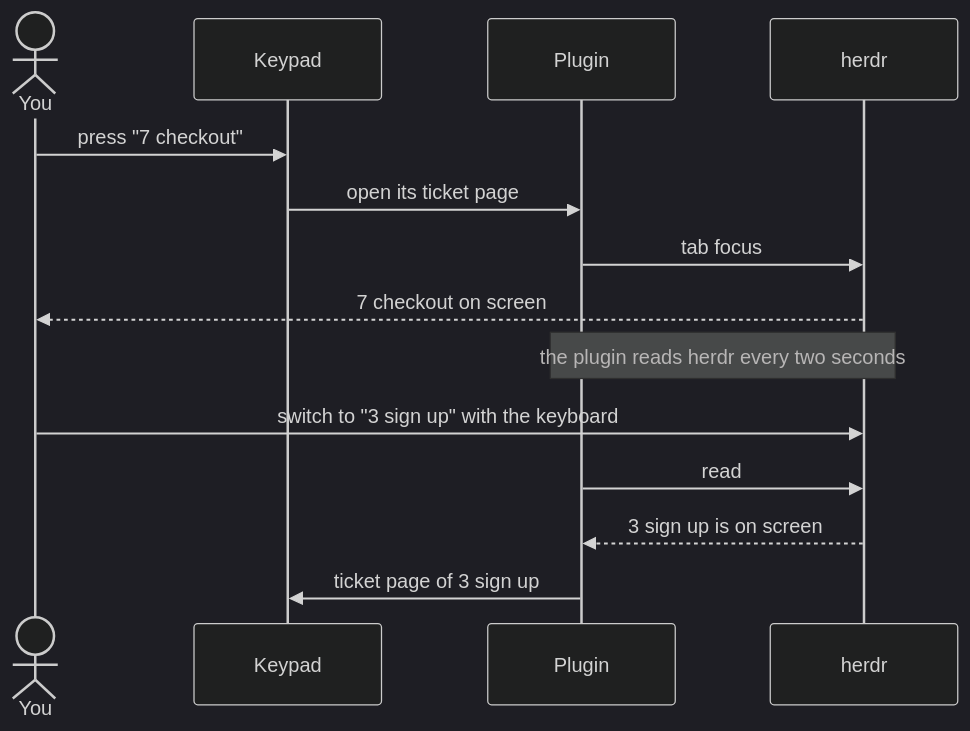
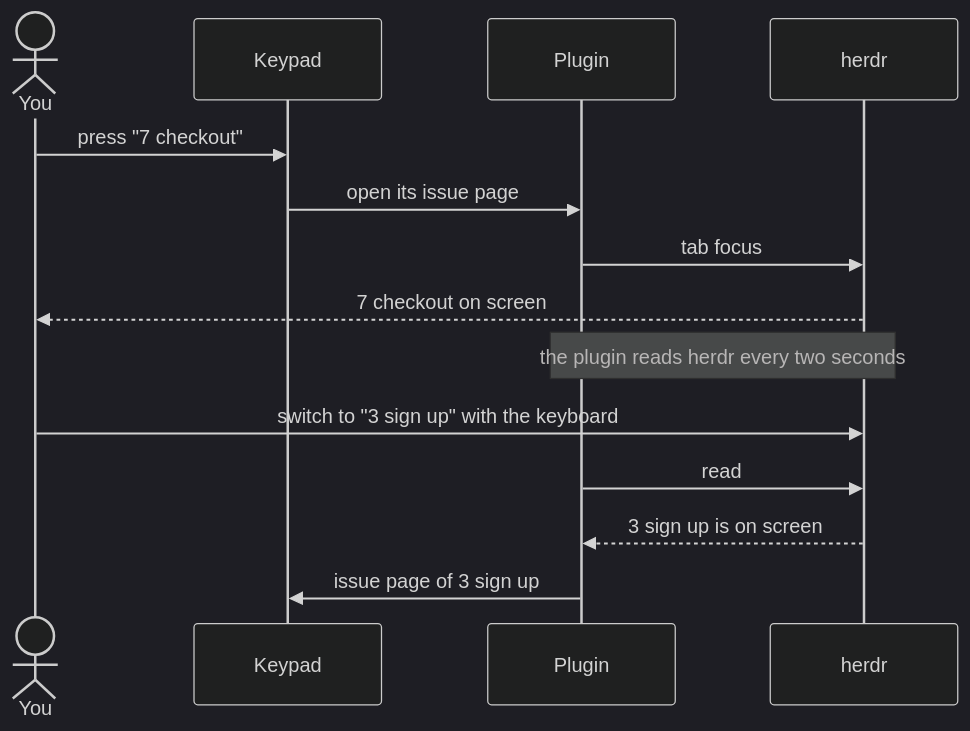
The second of 7 diagrams in docs/flows.md (PieterLuypaert/helm), drawn with Mermaid (dark theme) before and after one commit. The commit also changed other lines of this file and 14 other files, not shown here.

````diff
--- a/docs/flows.md
+++ b/docs/flows.md
@@ -44,16 +44,16 @@
 ```mermaid
 sequenceDiagram
     actor You
     participant Keypad
     participant Plugin
     participant herdr
     You->>Keypad: press "7 checkout"
-    Keypad->>Plugin: open its ticket page
+    Keypad->>Plugin: open its issue page
     Plugin->>herdr: tab focus
     herdr-->>You: 7 checkout on screen
     Note over Plugin,herdr: the plugin reads herdr every two seconds
     You->>herdr: switch to "3 sign up" with the keyboard
     Plugin->>herdr: read
     herdr-->>Plugin: 3 sign up is on screen
-    Plugin->>Keypad: ticket page of 3 sign up
+    Plugin->>Keypad: issue page of 3 sign up
 ```
````
